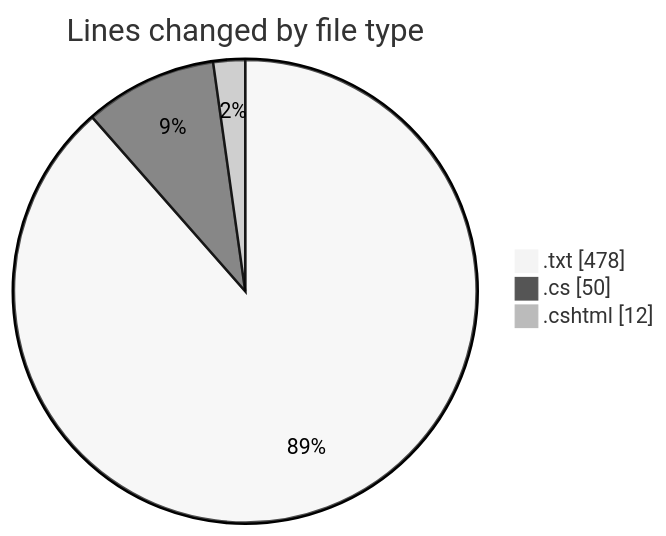
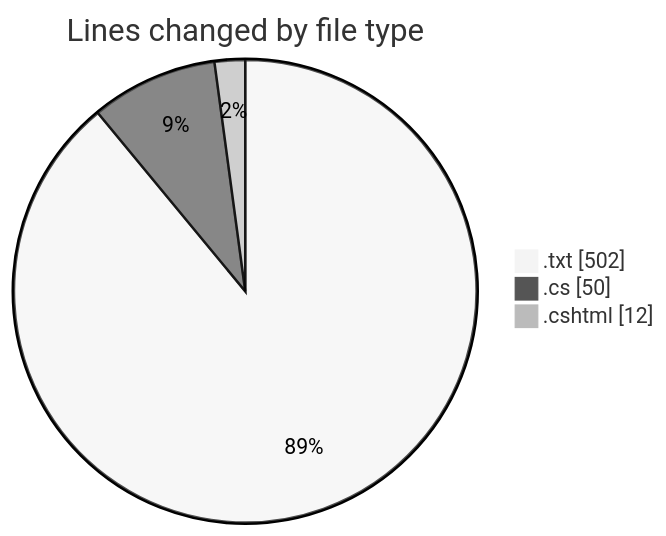
One commit to lephambinh05/code-tracking changed the first of 2 diagrams in 2025-07-26/quanlyrapchieuphim-1/README.md. Above: the diagram before and after it, drawn with Mermaid (neutral theme). The commit also changed other lines of this file and 1 other file, not shown here.

````diff
--- a/2025-07-26/quanlyrapchieuphim-1/README.md
+++ b/2025-07-26/quanlyrapchieuphim-1/README.md
@@ -24,7 +24,7 @@
 ```mermaid
 pie showData
 title Lines changed by file type
-".txt" : 478
+".txt" : 502
 ".cs" : 50
 ".cshtml" : 12
 ```
````
